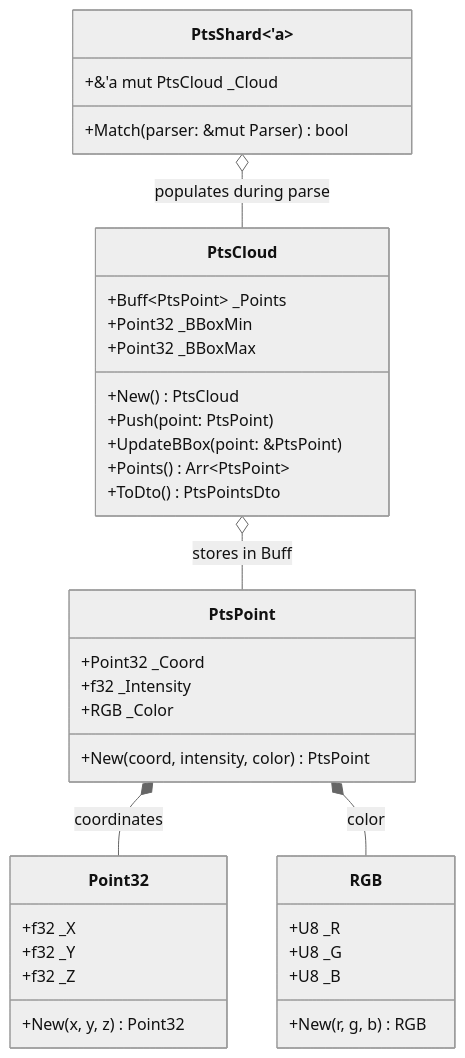
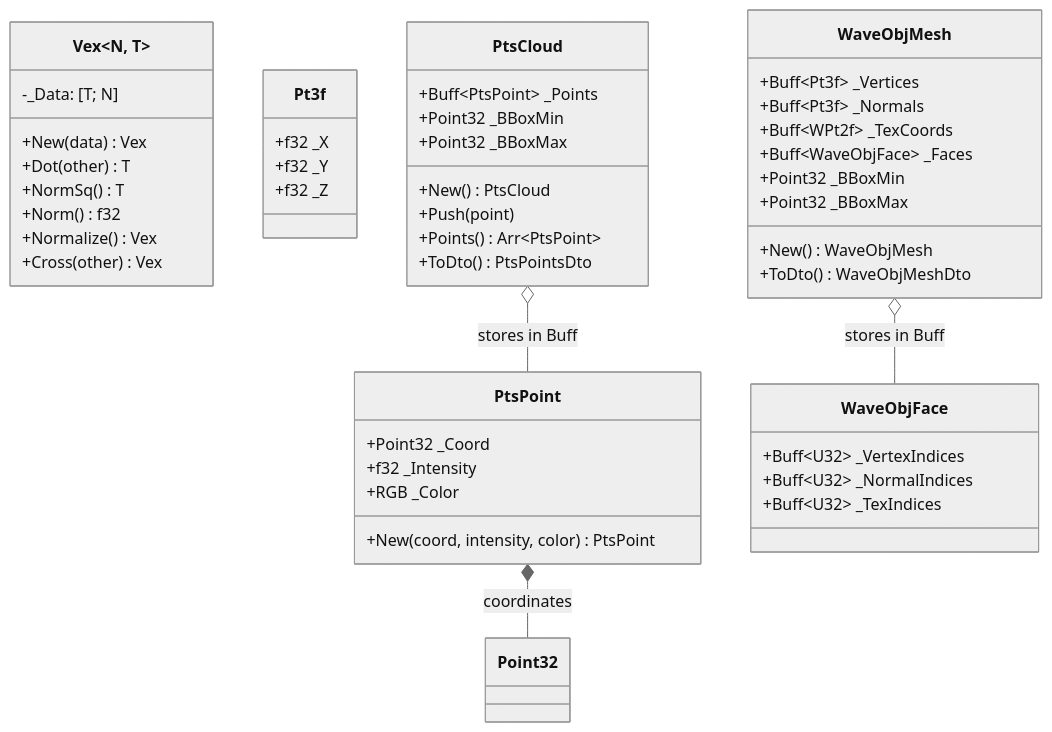
Before and after one commit to jswarup/Kosh: the diagram in wiki/Fleck.md, drawn with Mermaid (neutral theme). The commit also changed other lines of this file and 39 other files, not shown here.

````diff
--- a/wiki/Fleck.md
+++ b/wiki/Fleck.md
@@ -15,44 +15,56 @@
 ```mermaid
 classDiagram
-    class Point32 {
+    class Vex~N, T~ {
+        -_Data: [T; N]
+        +New(data) Vex
+        +Dot(other) T
+        +NormSq() T
+        +Norm() f32
+        +Normalize() Vex
+        +Cross(other) Vex
+    }
+
+    class Pt3f {
         +f32 _X
         +f32 _Y
         +f32 _Z
-        +New(x, y, z) Point32
-    }
-
-    class RGB {
-        +U8 _R
-        +U8 _G
-        +U8 _B
-        +New(r, g, b) RGB
     }
 
     class PtsPoint {
         +Point32 _Coord
         +f32 _Intensity
         +RGB _Color
         +New(coord, intensity, color) PtsPoint
     }
 
     class PtsCloud {
         +Buff~PtsPoint~ _Points
         +Point32 _BBoxMin
         +Point32 _BBoxMax
         +New() PtsCloud
-        +Push(point: PtsPoint)
-        +UpdateBBox(point: &PtsPoint)
+        +Push(point)
         +Points() Arr~PtsPoint~
         +ToDto() PtsPointsDto
     }
 
-    class PtsShard~'a~ {
-        +&'a mut PtsCloud _Cloud
-        +Match(parser: &mut Parser) bool
+    class WaveObjMesh {
+        +Buff~Pt3f~ _Vertices
+        +Buff~Pt3f~ _Normals
+        +Buff~WPt2f~ _TexCoords
+        +Buff~WaveObjFace~ _Faces
+        +Point32 _BBoxMin
+        +Point32 _BBoxMax
+        +New() WaveObjMesh
+        +ToDto() WaveObjMeshDto
+    }
+
+    class WaveObjFace {
+        +Buff~U32~ _VertexIndices
+        +Buff~U32~ _NormalIndices
+        +Buff~U32~ _TexIndices
     }
 
     PtsPoint *-- Point32 : coordinates
-    PtsPoint *-- RGB : color
     PtsCloud o-- PtsPoint : stores in Buff
-    PtsShard o-- PtsCloud : populates during parse
+    WaveObjMesh o-- WaveObjFace : stores in Buff
 ```
````
